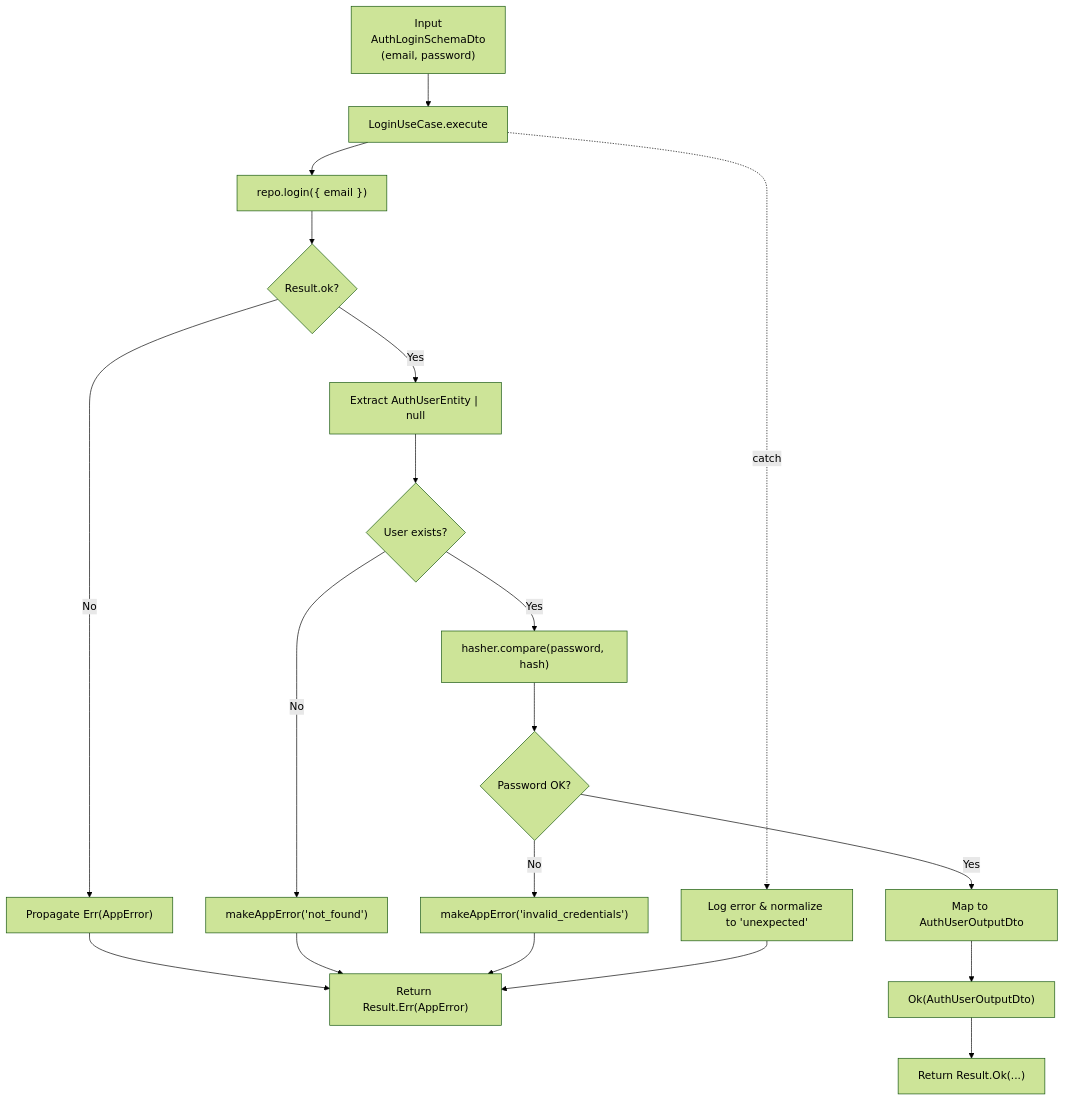
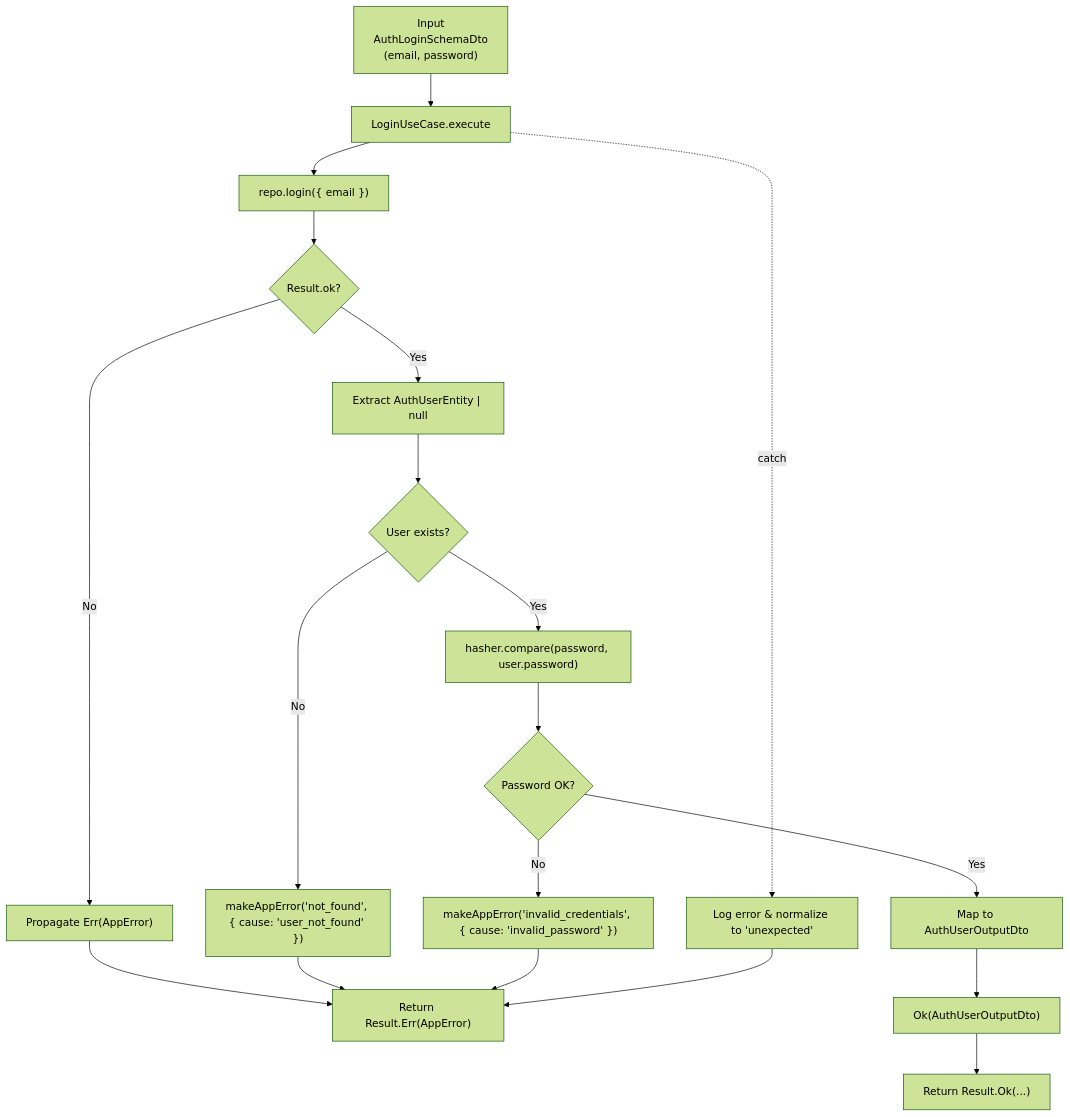
The fifth of 12 diagrams in src/modules/auth/server/infrastructure/db/dal/README.md (andrewpetersondev/nextjs-dashboard), drawn with Mermaid (forest theme) before and after one commit. The commit also changed other lines of this file, not shown here.

Commit message:
docs: update flowcharts and sequence diagrams for DAL and LoginUseCase

````diff
--- a/src/modules/auth/server/infrastructure/db/dal/README.md
+++ b/src/modules/auth/server/infrastructure/db/dal/README.md
@@ -191,46 +190,46 @@
 ```mermaid
 flowchart TD
 %% Inputs
   A["Input<br/>AuthLoginSchemaDto<br/>(email, password)"] --> B[LoginUseCase.execute]
 
 %% Repository Call
   B --> C["repo.login({ email })"]
 
 %% Repo Result Decision
   C --> D{Result.ok?}
 
 %% Repo Error Propagation
   D -->|No| E["Propagate Err(AppError)"]
   E --> Z["Return Result.Err(AppError)"]
 
 %% Repo Success path
   D -->|Yes| F["Extract AuthUserEntity | null"]
 
 %% User existence decision
   F --> G{User exists?}
 
 %% Not Found Path
-  G -->|No| H["makeAppError('not_found')"]
+  G -->|No| H["makeAppError('not_found', { cause: 'user_not_found' })"]
   H --> Z
 
 %% Password Verification
-  G -->|Yes| I["hasher.compare(password, hash)"]
+  G -->|Yes| I["hasher.compare(password, user.password)"]
 
 %% Password Decision
   I --> J{Password OK?}
 
 %% Invalid Credentials Path
-  J -->|No| K["makeAppError('invalid_credentials')"]
+  J -->|No| K["makeAppError('invalid_credentials', { cause: 'invalid_password' })"]
   K --> Z
 
 %% Success Path
   J -->|Yes| L["Map to AuthUserOutputDto"]
   L --> M["Ok(AuthUserOutputDto)"]
 
 %% Outputs
   M --> Z1["Return Result.Ok(...)"]
 
 %% Catch block
   B -. catch .-> N["Log error & normalize to 'unexpected'"]
   N --> Z
 ```
````
